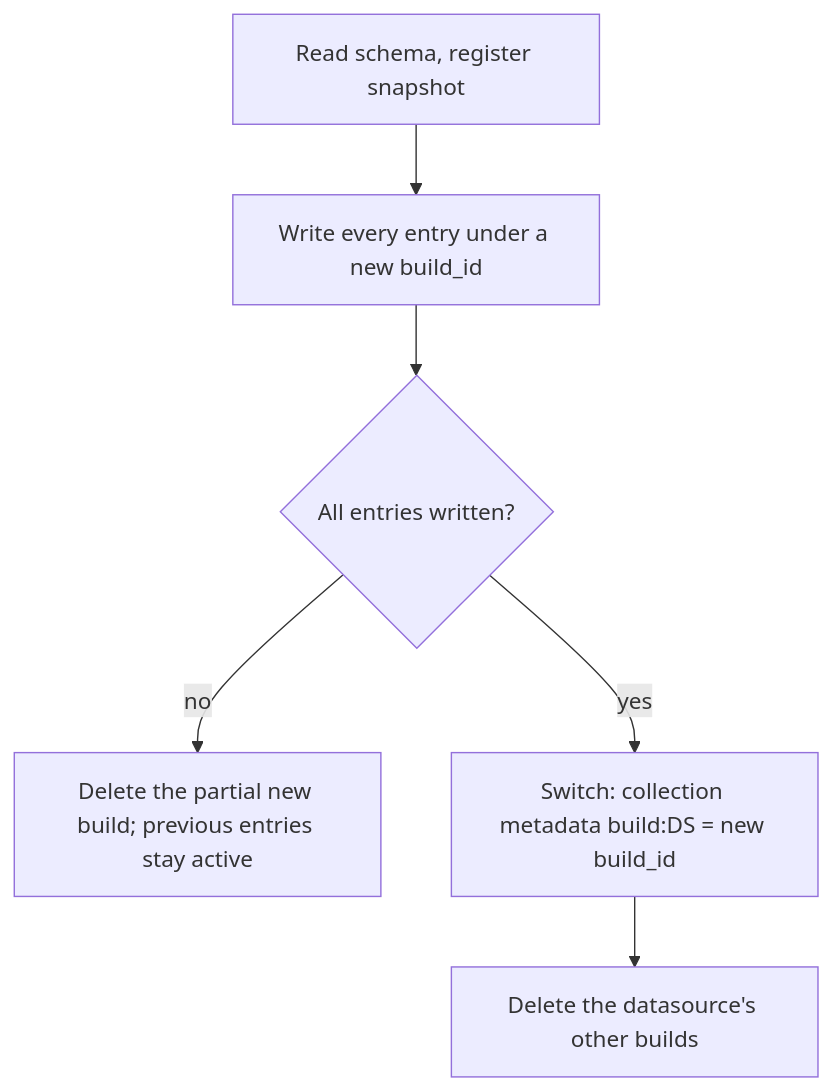
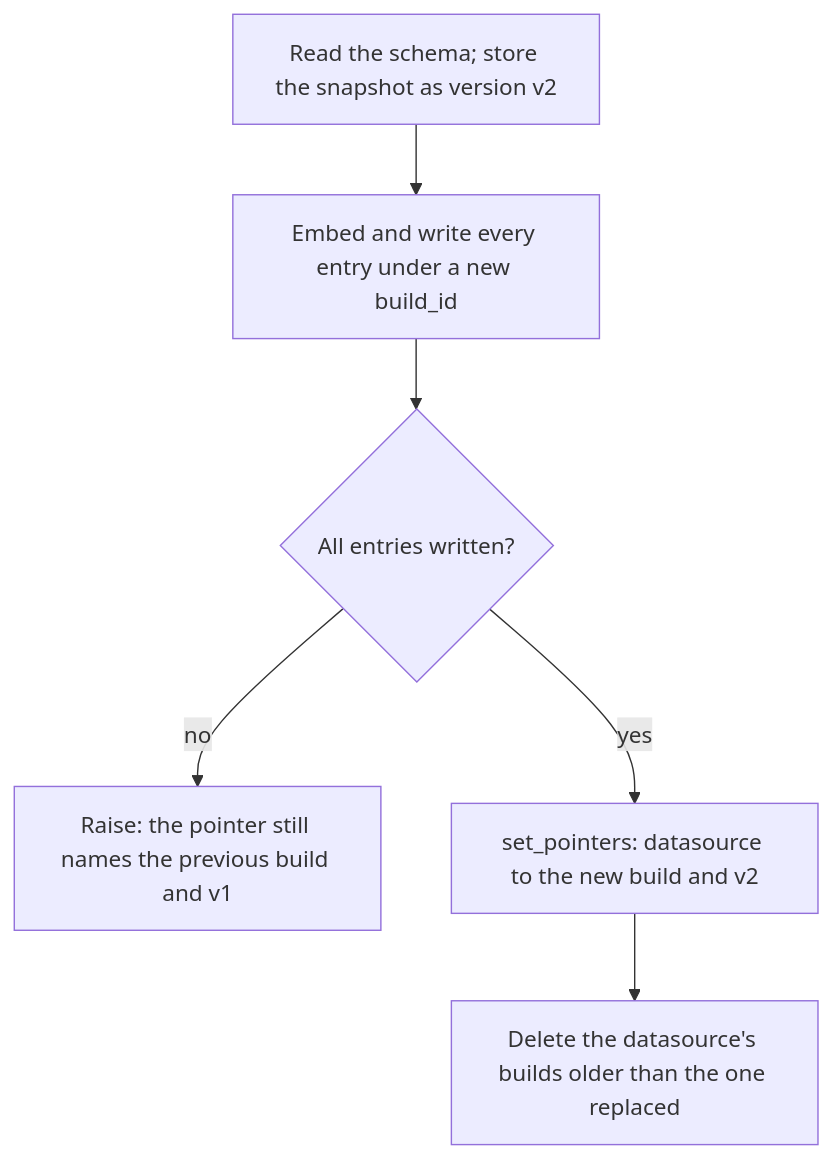
One commit to nadeem4/nl2sql changed the second of 3 diagrams in docs/architecture/indexing.md. Above: the diagram before and after it, drawn with Mermaid. The commit also changed other lines of this file and 107 other files, not shown here.

First line of the commit message:
feat(storage): index store, namespaces per model and the build pointer as the commit (phase 2, S2) (#289)

````diff
--- a/docs/architecture/indexing.md
+++ b/docs/architecture/indexing.md
@@ -104,8 +122,8 @@
 ```mermaid
 flowchart TD
-    A[Read schema, register snapshot] --> B[Write every entry under a new build_id]
+    A[Read the schema; store the snapshot as version v2] --> B[Embed and write every entry under a new build_id]
     B --> C{All entries written?}
-    C -->|no| D[Delete the partial new build; previous entries stay active]
-    C -->|yes| E[Switch: collection metadata build:DS = new build_id]
-    E --> F[Delete the datasource's other builds]
+    C -->|no| D[Raise: the pointer still names the previous build and v1]
+    C -->|yes| E[set_pointers: datasource to the new build and v2]
+    E --> F[Delete the datasource's builds older than the one replaced]
 ```
````
